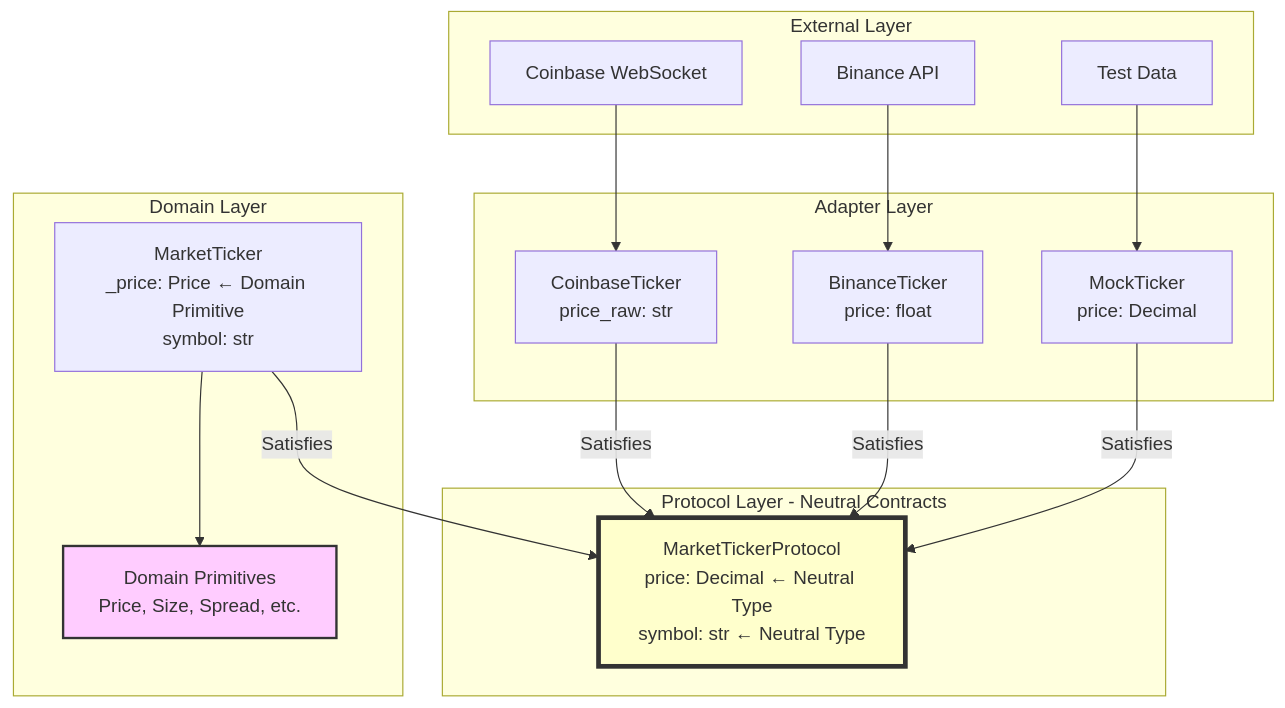
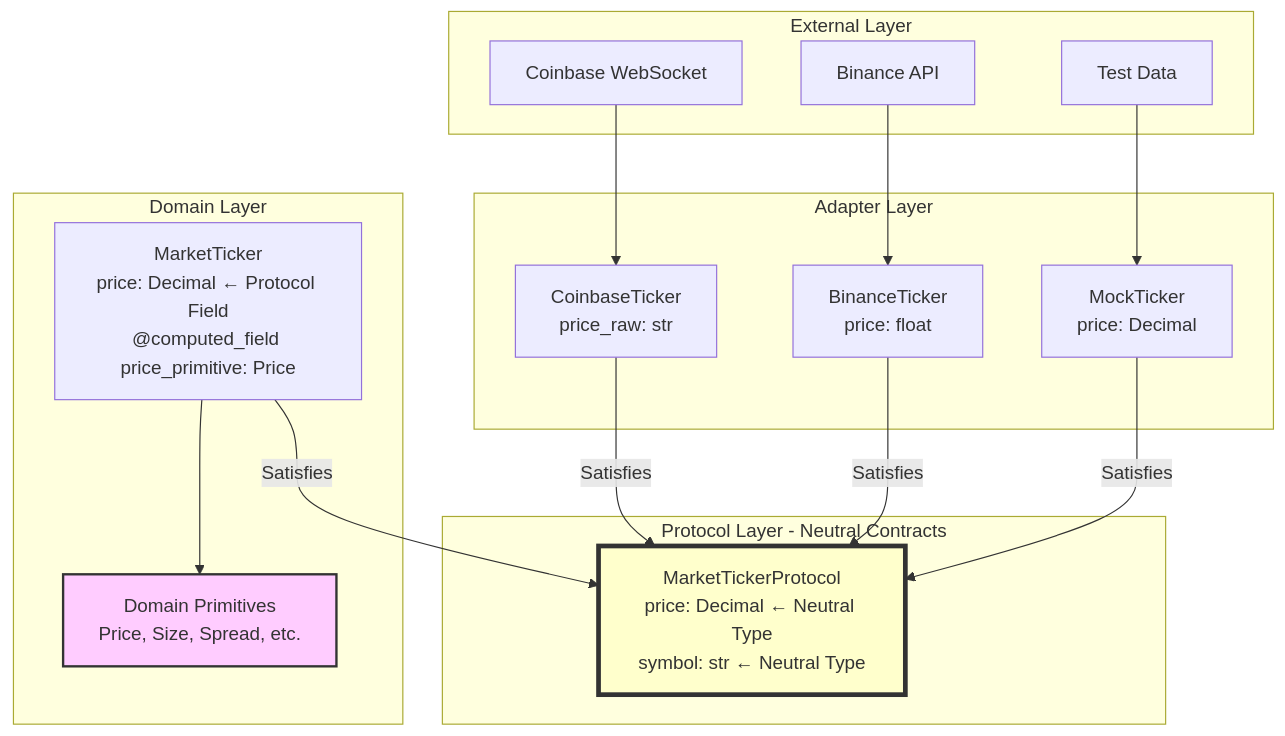
One commit to kylejtobin/cognitive-protocol-arch-market-service changed the first of 4 diagrams in docs/architecture/domain-primitives.md. Above: the diagram before and after it, drawn with Mermaid. The commit also changed other lines of this file and 3 other files, not shown here.

First line of the commit message:
feat: implement domain primitives with computed field pattern

````diff
--- a/docs/architecture/domain-primitives.md
+++ b/docs/architecture/domain-primitives.md
@@ -9,37 +9,37 @@
 ```mermaid
 graph TB
     subgraph "External Layer"
         EXT1[Coinbase WebSocket]
         EXT2[Binance API]
         EXT3[Test Data]
     end
 
     subgraph "Adapter Layer"
         ADP1[CoinbaseTicker<br/>price_raw: str]
         ADP2[BinanceTicker<br/>price: float]
         ADP3[MockTicker<br/>price: Decimal]
     end
 
     subgraph "Protocol Layer - Neutral Contracts"
         PROTO[MarketTickerProtocol<br/>price: Decimal ← Neutral Type<br/>symbol: str ← Neutral Type]
     end
 
     subgraph "Domain Layer"
-        DOM[MarketTicker<br/>_price: Price ← Domain Primitive<br/>symbol: str]
+        DOM[MarketTicker<br/>price: Decimal ← Protocol Field<br/>@computed_field price_primitive: Price]
         PRIM[Domain Primitives<br/>Price, Size, Spread, etc.]
     end
 
     EXT1 --> ADP1
     EXT2 --> ADP2
     EXT3 --> ADP3
 
     ADP1 -->|Satisfies| PROTO
     ADP2 -->|Satisfies| PROTO
     ADP3 -->|Satisfies| PROTO
     DOM -->|Satisfies| PROTO
 
     DOM --> PRIM
 
     style PROTO fill:#ffffcc,stroke:#333,stroke-width:4px
     style PRIM fill:#ffccff,stroke:#333,stroke-width:2px
 ```
````
